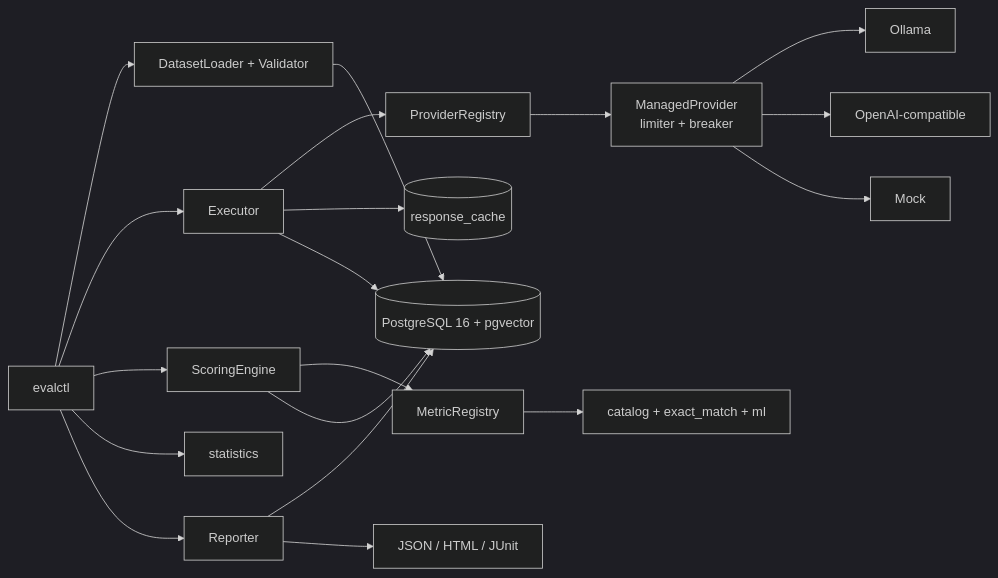
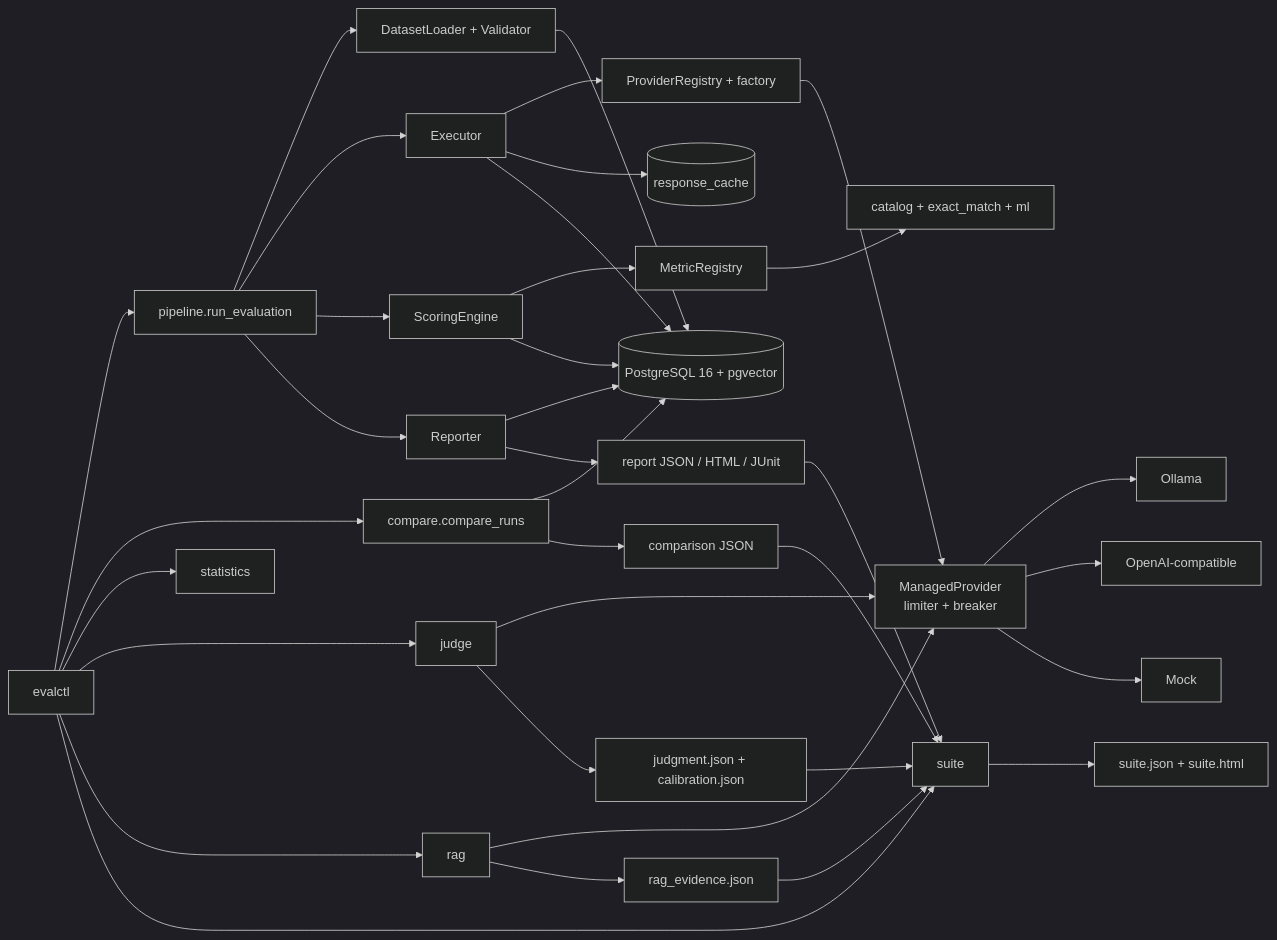
Before and after one commit to DimitarAtanassov/evalanche: the diagram in docs/architecture.md, drawn with Mermaid (dark theme). The commit also changed other lines of this file and 62 other files, not shown here.

````diff
--- a/docs/architecture.md
+++ b/docs/architecture.md
@@ -38,24 +39,43 @@
 ```mermaid
 flowchart LR
-  CLI[evalctl] --> Loader[DatasetLoader + Validator]
-  CLI --> Exec[Executor]
-  CLI --> Engine[ScoringEngine]
+  CLI[evalctl] --> Pipeline[pipeline.run_evaluation]
+  CLI --> Compare[compare.compare_runs]
   CLI --> Stats[statistics]
-  CLI --> Reporter[Reporter]
+  CLI --> Judge[judge]
+  CLI --> Rag[rag]
+  CLI --> Suite[suite]
+
+  Pipeline --> Loader[DatasetLoader + Validator]
+  Pipeline --> Exec[Executor]
+  Pipeline --> Engine[ScoringEngine]
+  Pipeline --> Reporter[Reporter]
 
   Loader --> Store[(PostgreSQL 16 + pgvector)]
-  Exec --> Reg[ProviderRegistry]
+  Exec --> Reg[ProviderRegistry + factory]
   Reg --> Managed[ManagedProvider<br/>limiter + breaker]
   Managed --> Ollama[Ollama]
   Managed --> OpenAI[OpenAI-compatible]
   Managed --> Mock[Mock]
   Exec --> Cache[(response_cache)]
   Exec --> Store
 
   Engine --> Registry[MetricRegistry]
   Registry --> Catalog[catalog + exact_match + ml]
   Engine --> Store
 
+  Compare --> Store
   Reporter --> Store
-  Reporter --> Artifacts["JSON / HTML / JUnit"]
+
+  Reporter --> RunArt["report JSON / HTML / JUnit"]
+  Compare --> CmpArt["comparison JSON"]
+  Judge --> Managed
+  Judge --> JudgeArt["judgment.json + calibration.json"]
+  Rag --> Managed
+  Rag --> RagArt["rag_evidence.json"]
+
+  RunArt --> Suite
+  CmpArt --> Suite
+  JudgeArt --> Suite
+  RagArt --> Suite
+  Suite --> SuiteArt["suite.json + suite.html"]
 ```
````
